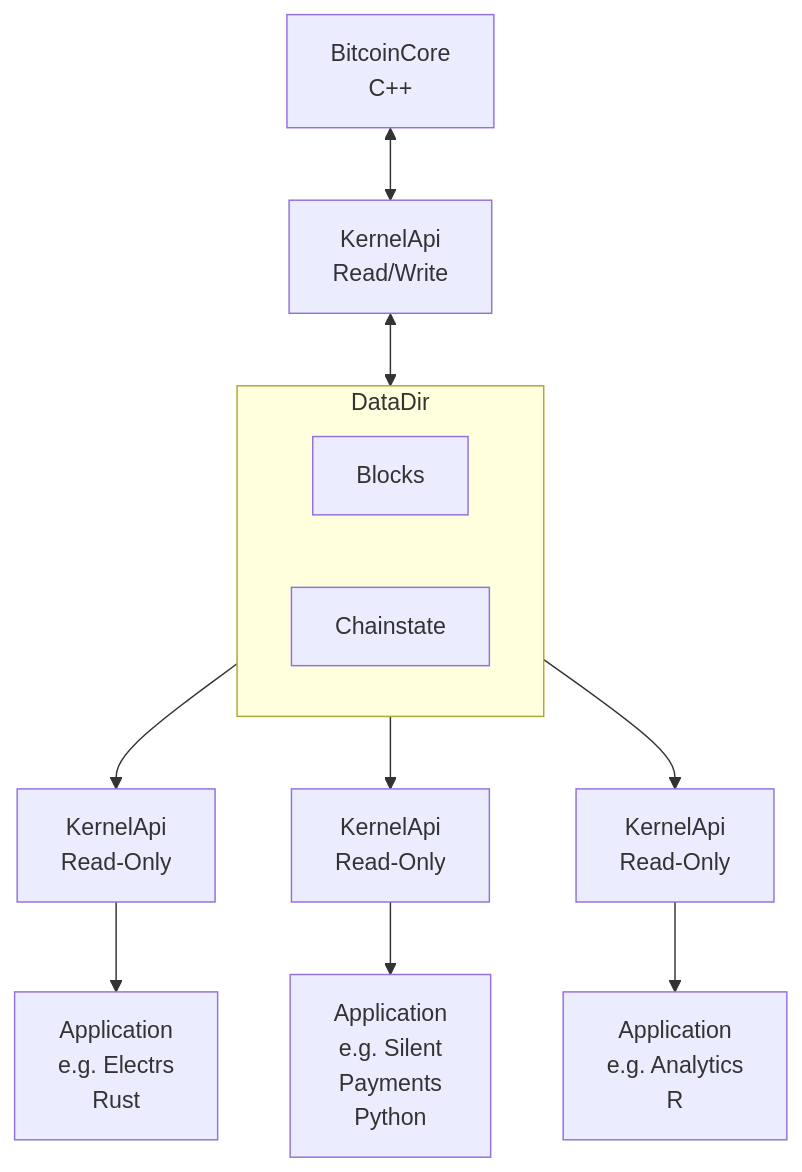
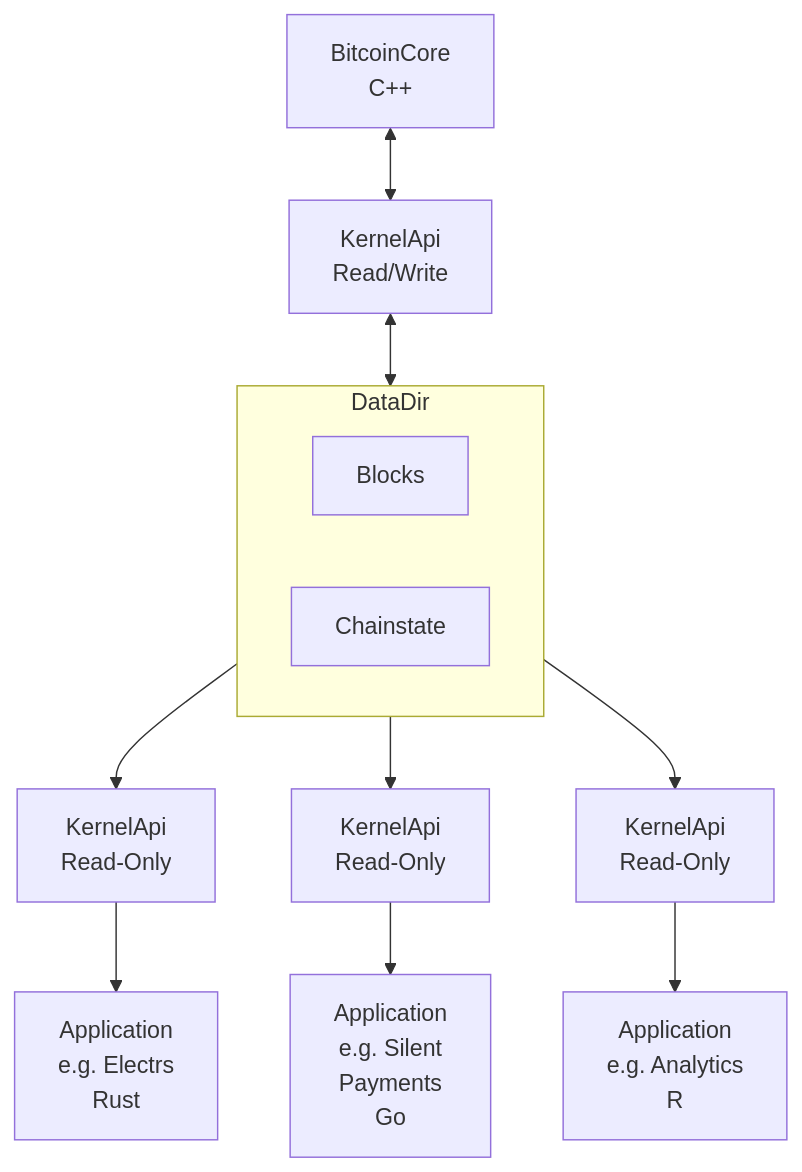
The second of 2 diagrams in README.md (alexanderwiederin/bitcoinkernel-blockreader), drawn with Mermaid before and after one commit.

Commit message:
Silent Payments to GoLang

````diff
--- a/README.md
+++ b/README.md
@@ -73,20 +73,20 @@
 ```mermaid
 graph TB
     BC[BitcoinCore<br/>C++] <--> K1[KernelApi<br/>Read/Write]
     K1 <--> DD
     
     K2[KernelApi<br/>Read-Only] --> A1[Application<br/>e.g. Electrs<br/>Rust]
     
     subgraph DD [DataDir]
         BI[Blocks]
         CS[Chainstate]
     end
     
     K4[KernelApi<br/>Read-Only] --> A3[Application<br/>e.g. Analytics<br/>R]
     
     DD --> K2
     DD --> K3[KernelApi<br/>Read-Only]
     DD --> K4
     
-    K3 --> A2[Application<br/>e.g. Silent<br/>Payments<br/>Python]
+    K3 --> A2[Application<br/>e.g. Silent<br/>Payments<br/>Go]
 ```
````
